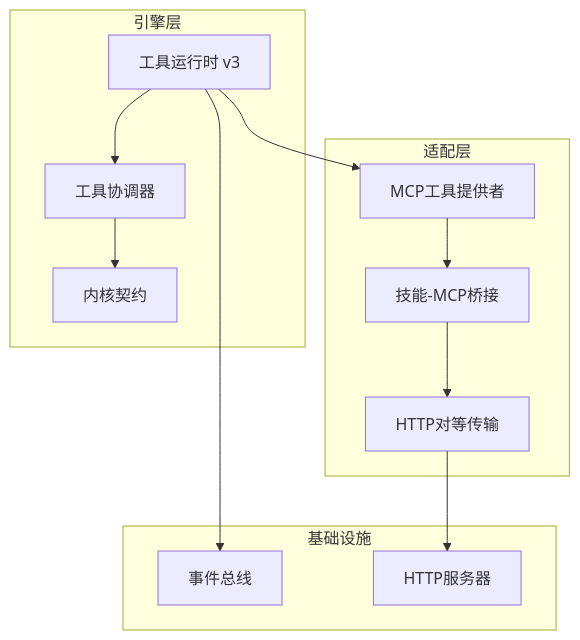
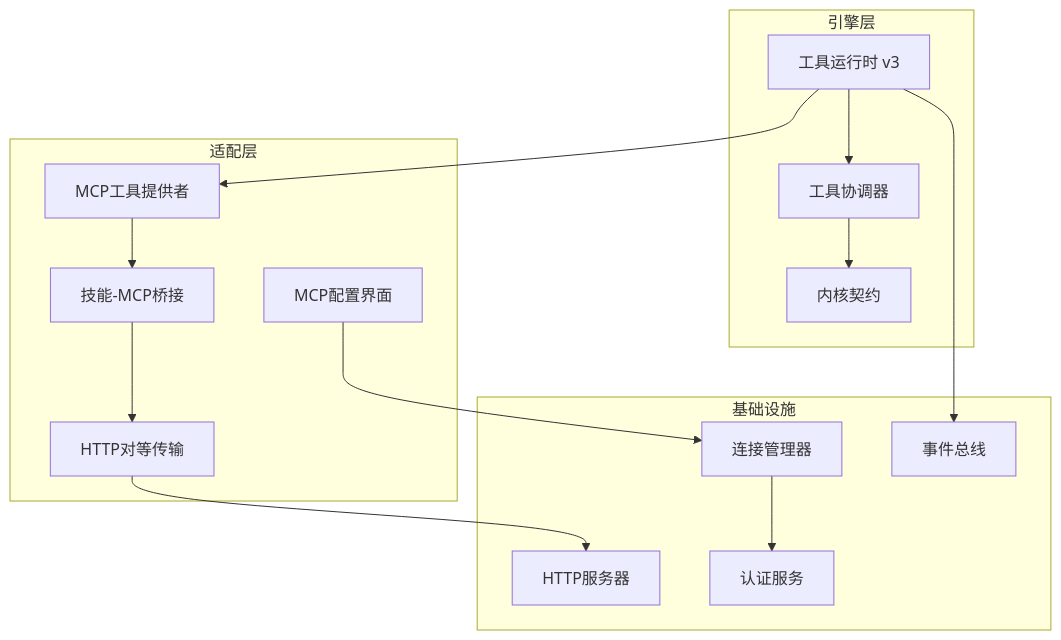
Before and after one commit to kkutysllb/KCoder: the first of 11 diagrams in .qoder/repowiki/zh/content/适配器层/MCP工具适配器.md, drawn with Mermaid. The commit also changed other lines of this file and 11 other files, not shown here.

````diff
--- a/.qoder/repowiki/zh/content/适配器层/MCP工具适配器.md
+++ b/.qoder/repowiki/zh/content/适配器层/MCP工具适配器.md
@@ -45,24 +55,29 @@
 ```mermaid
 graph TB
 subgraph "引擎层"
 A["工具运行时 v3"]
 B["工具协调器"]
 C["内核契约"]
 end
 subgraph "适配层"
 D["MCP工具提供者"]
 E["技能-MCP桥接"]
 F["HTTP对等传输"]
+G["MCP配置界面"]
 end
 subgraph "基础设施"
-G["事件总线"]
-H["HTTP服务器"]
+H["事件总线"]
+I["HTTP服务器"]
+J["连接管理器"]
+K["认证服务"]
 end
 A --> D
 A --> B
 B --> C
 D --> E
 E --> F
-F --> H
-A --> G
+F --> I
+G --> J
+J --> K
+A --> H
 ```
````
